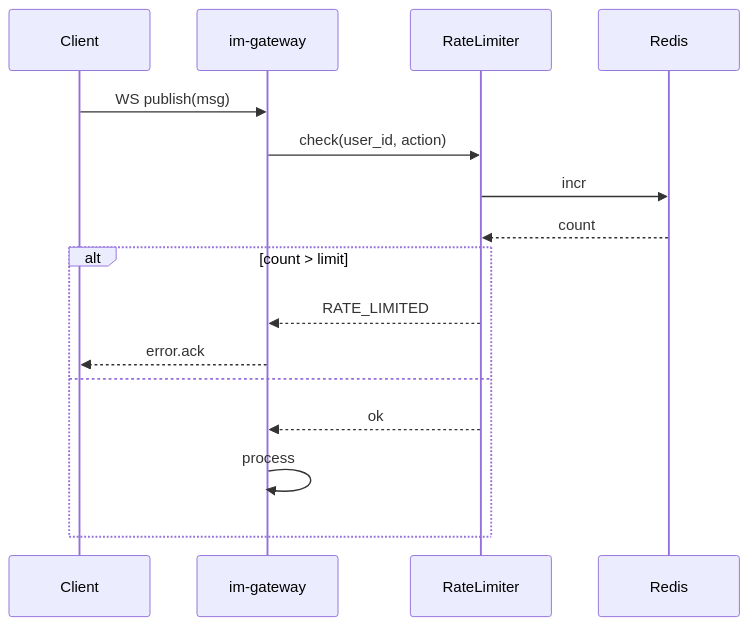
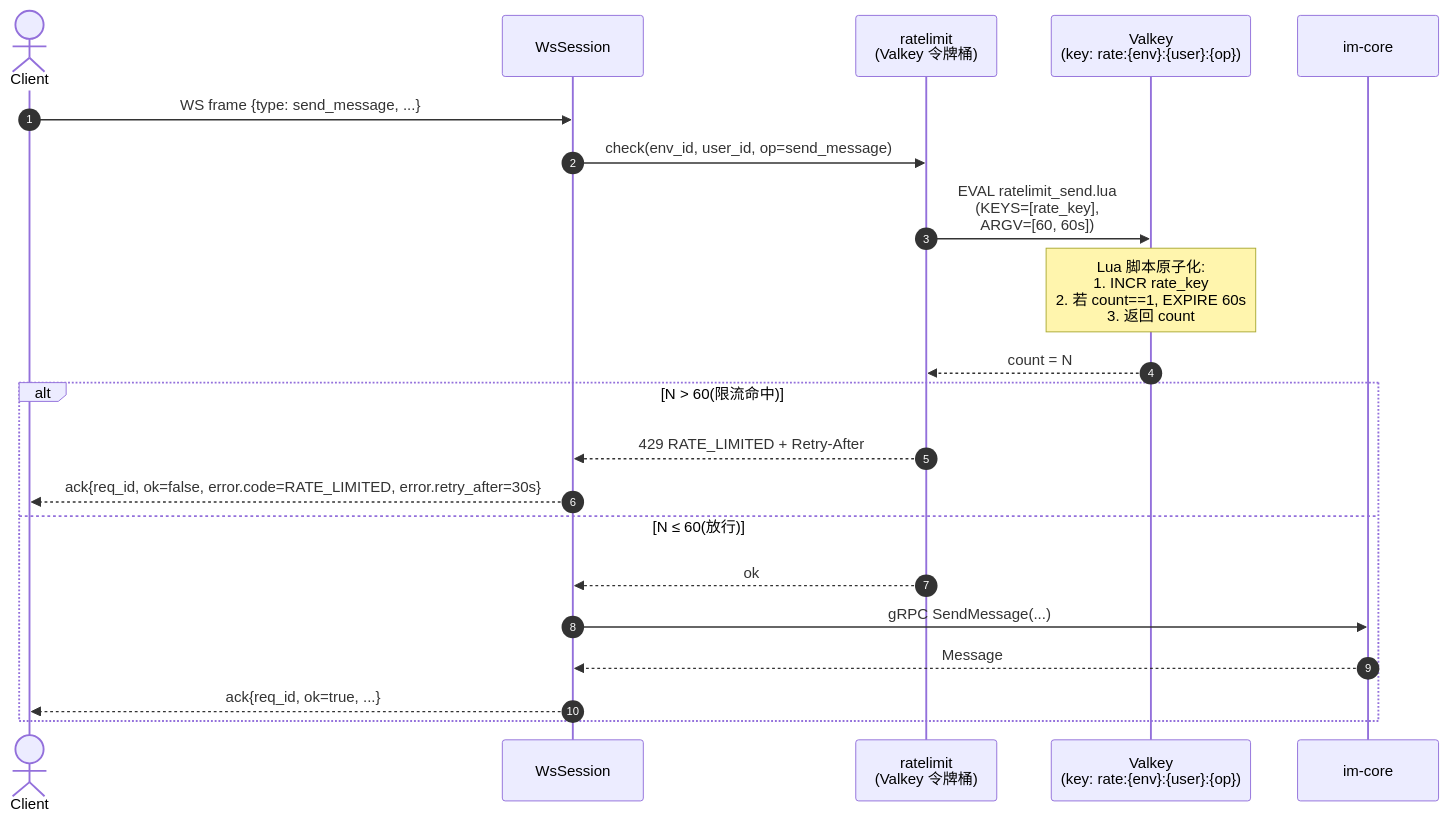
The eighth of 8 diagrams in docs/templates/04-detailed-design/auxiliary/aux-11-key-sequence-diagrams.md (UlyssesLeoLee/IM1.0), drawn with Mermaid before and after one commit. The commit also changed other lines of this file, not shown here.

Commit message:
docs(aux-11): v1.1.0 IM1.0 8 关键场景时序图填实 (register/login/send_message/add_friend/refresh/recall/DM_100并发/限流) + V1+ 6 占位 + 引用 aux-04/05/06/07/08/09/13 + ImplementationSpec + migrations 实际行号. 修订者: 架构师 (Mavis 接手 agent per DEC-008)

````diff
--- a/docs/templates/04-detailed-design/auxiliary/aux-11-key-sequence-diagrams.md
+++ b/docs/templates/04-detailed-design/auxiliary/aux-11-key-sequence-diagrams.md
@@ -117,19 +589,24 @@
 ```mermaid
 sequenceDiagram
-    participant C as Client
-    participant G as im-gateway
-    participant R as RateLimiter
-    participant Counter as Redis
+    autonumber
+    actor Client
+    participant WsSess as WsSession
+    participant RateLimit as ratelimit<br/>(Valkey 令牌桶)
+    participant Counter as Valkey<br/>(key: rate:{env}:{user}:{op})
+    participant Core as im-core
 
-    C->>G: WS publish(msg)
-    G->>R: check(user_id, action)
-    R->>Counter: incr
-    Counter-->>R: count
-    alt count > limit
-        R-->>G: RATE_LIMITED
-        G-->>C: error.ack
-    else
-        R-->>G: ok
-        G->>G: process
+    Client->>WsSess: WS frame {type: send_message, ...}
+    WsSess->>RateLimit: check(env_id, user_id, op=send_message)
+    RateLimit->>Counter: EVAL ratelimit_send.lua<br/>(KEYS=[rate_key],<br/>ARGV=[60, 60s])
+    Note over Counter: Lua 脚本原子化:<br/>1. INCR rate_key<br/>2. 若 count==1, EXPIRE 60s<br/>3. 返回 count
+    Counter-->>RateLimit: count = N
+    alt N > 60(限流命中)
+        RateLimit-->>WsSess: 429 RATE_LIMITED + Retry-After
+        WsSess-->>Client: ack{req_id, ok=false, error.code=RATE_LIMITED, error.retry_after=30s}
+    else N ≤ 60(放行)
+        RateLimit-->>WsSess: ok
+        WsSess->>Core: gRPC SendMessage(...)
+        Core-->>WsSess: Message
+        WsSess-->>Client: ack{req_id, ok=true, ...}
     end
 ```
````
